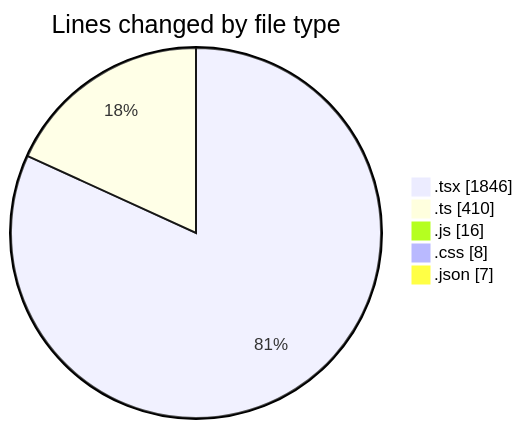
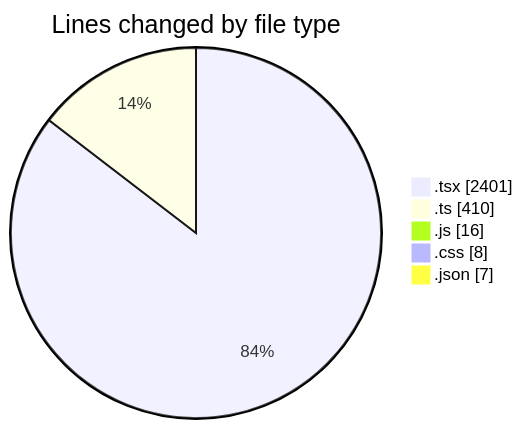
One commit to robertbonfada/code-tracking changed the first of 2 diagrams in 2025-01-17/mbc-web/README.md. Above: the diagram before and after it, drawn with Mermaid. The commit also changed other lines of this file and 1 other file, not shown here.

````diff
--- a/2025-01-17/mbc-web/README.md
+++ b/2025-01-17/mbc-web/README.md
@@ -35,9 +35,9 @@
 ```mermaid
 pie showData
 title Lines changed by file type
-".tsx" : 1846
+".tsx" : 2401
 ".ts" : 410
 ".js" : 16
 ".css" : 8
 ".json" : 7
 ```
````
